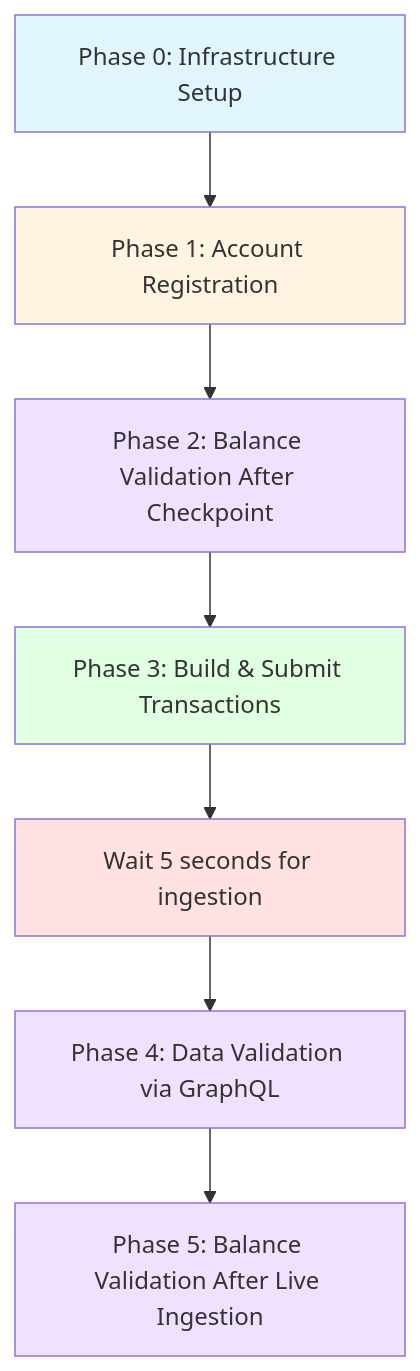
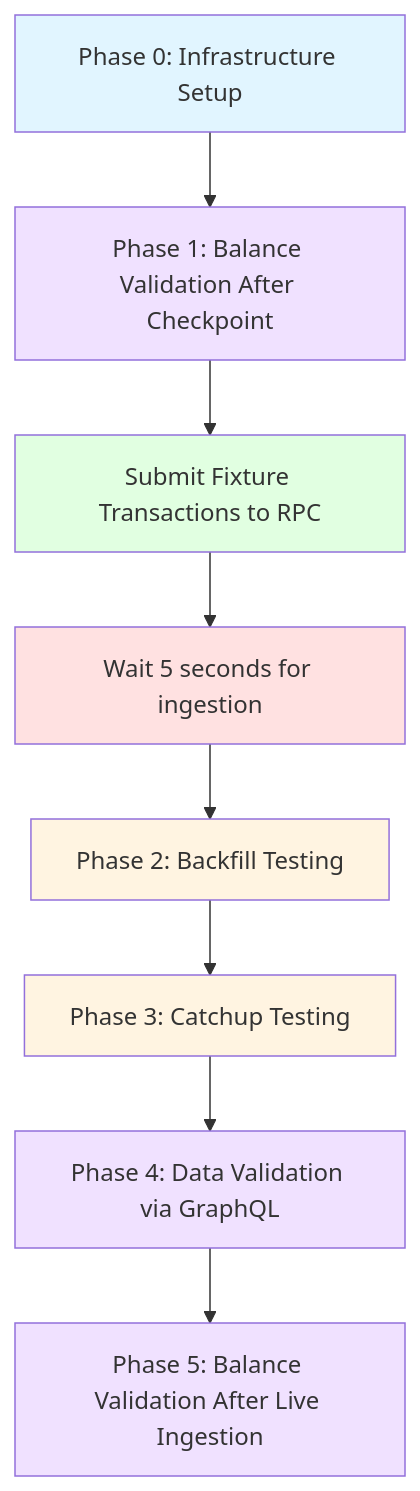
One commit to stellar/wallet-backend changed the fourth of 4 diagrams in README.md. Above: the diagram before and after it, drawn with Mermaid. The commit also changed other lines of this file and 77 other files, not shown here.

````diff
--- a/README.md
+++ b/README.md
@@ -1058,17 +1048,19 @@
 ```mermaid
 graph TD
-    A[Phase 0: Infrastructure Setup] --> B[Phase 1: Account Registration]
-    B --> C[Phase 2: Balance Validation After Checkpoint]
-    C --> D[Phase 3: Build & Submit Transactions]
-    D --> E[Wait 5 seconds for ingestion]
-    E --> F[Phase 4: Data Validation via GraphQL]
-    F --> G[Phase 5: Balance Validation After Live Ingestion]
+    A[Phase 0: Infrastructure Setup] --> B[Phase 1: Balance Validation After Checkpoint]
+    B --> C[Submit Fixture Transactions to RPC]
+    C --> D[Wait 5 seconds for ingestion]
+    D --> E[Phase 2: Backfill Testing]
+    E --> F[Phase 3: Catchup Testing]
+    F --> G[Phase 4: Data Validation via GraphQL]
+    G --> H[Phase 5: Balance Validation After Live Ingestion]
 
     style A fill:#e1f5ff
-    style B fill:#fff4e1
-    style C fill:#f0e1ff
-    style D fill:#e1ffe1
-    style E fill:#ffe1e1
-    style F fill:#f0e1ff
+    style B fill:#f0e1ff
+    style C fill:#e1ffe1
+    style D fill:#ffe1e1
+    style E fill:#fff4e1
+    style F fill:#fff4e1
     style G fill:#f0e1ff
+    style H fill:#f0e1ff
 ```
````
